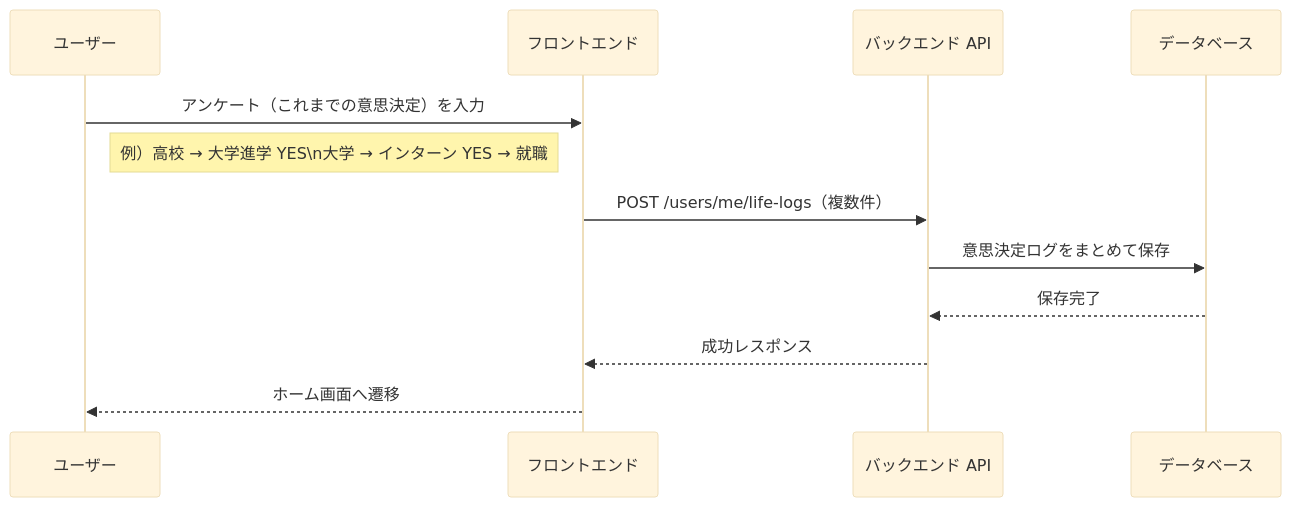
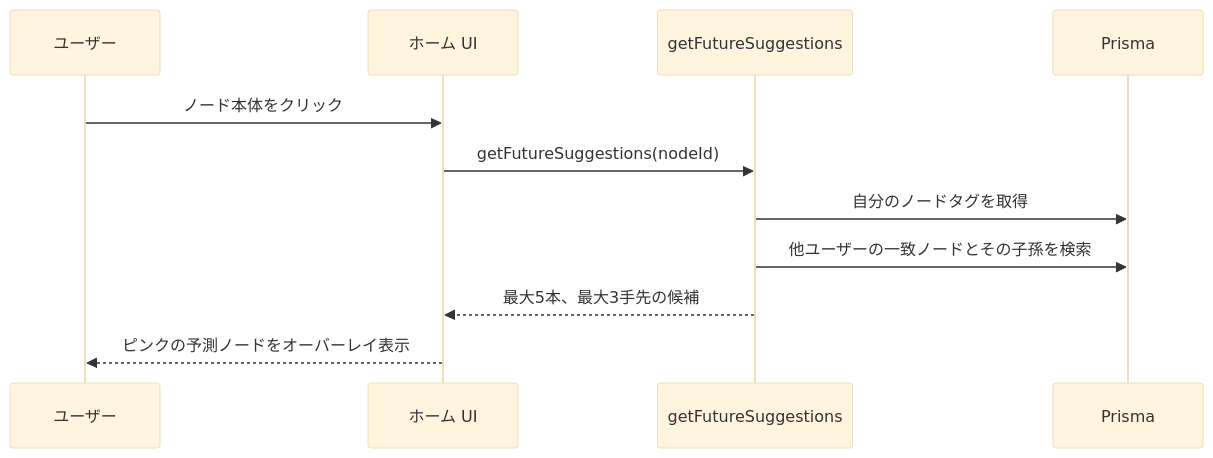
Before and after one commit to Asheze1127/hackathon-2026-in-apu: the fifth of 9 diagrams in docs/details/process-flow.md, drawn with Mermaid (base theme). The commit also changed other lines of this file and 8 other files, not shown here.

````diff
--- a/docs/details/process-flow.md
+++ b/docs/details/process-flow.md
@@ -51,15 +106,14 @@
 ```mermaid
 sequenceDiagram
     participant User as ユーザー
-    participant FE as フロントエンド
-    participant API as バックエンド API
-    participant DB as データベース
+    participant Graph as ホーム UI
+    participant Action as getFutureSuggestions
+    participant DB as Prisma
 
-    User->>FE: アンケート（これまでの意思決定）を入力
-    Note right of User: 例）高校 → 大学進学 YES\n大学 → インターン YES → 就職
-    FE->>API: POST /users/me/life-logs（複数件）
-    API->>DB: 意思決定ログをまとめて保存
-    DB-->>API: 保存完了
-    API-->>FE: 成功レスポンス
-    FE-->>User: ホーム画面へ遷移
+    User->>Graph: ノード本体をクリック
+    Graph->>Action: getFutureSuggestions(nodeId)
+    Action->>DB: 自分のノードタグを取得
+    Action->>DB: 他ユーザーの一致ノードとその子孫を検索
+    Action-->>Graph: 最大5本、最大3手先の候補
+    Graph-->>User: ピンクの予測ノードをオーバーレイ表示
 ```
````
